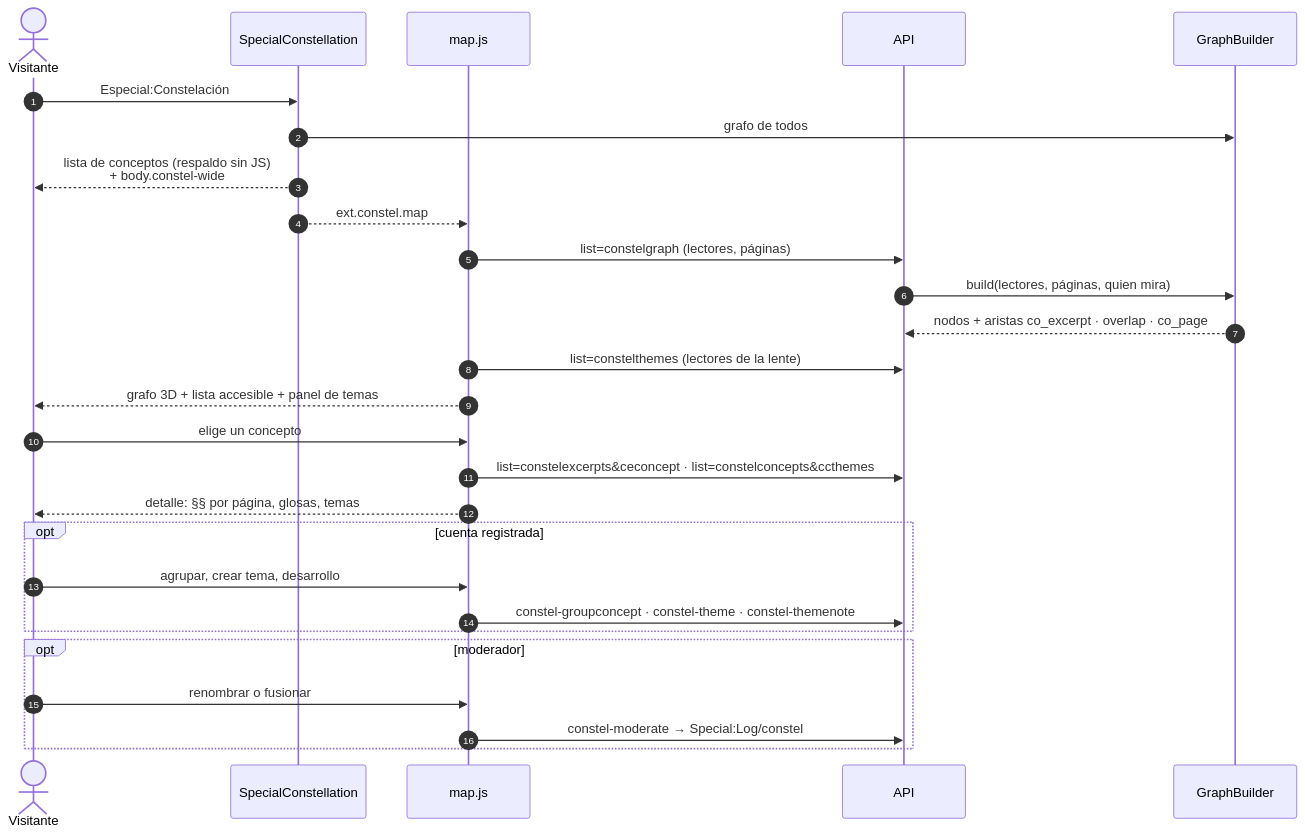
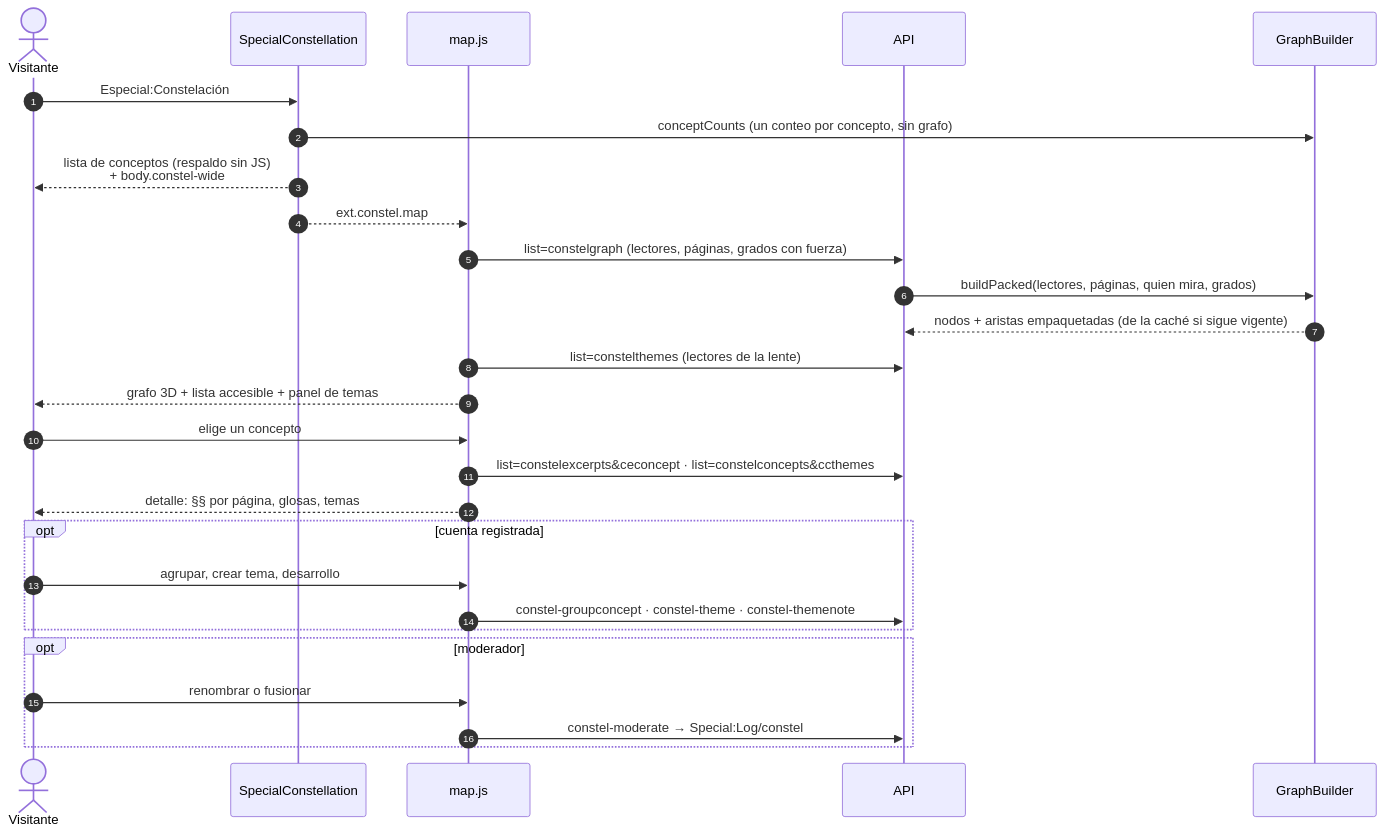
The ninth of 9 diagrams in docs/ARCHITECTURE.md (eadpucv/casiopea-constel), drawn with Mermaid before and after one commit. The commit also changed other lines of this file and 19 other files, not shown here.

First line of the commit message:
Grafo del mapa en caché, por grados y empaquetado

````diff
--- a/docs/ARCHITECTURE.md
+++ b/docs/ARCHITECTURE.md
@@ -474,30 +474,30 @@
 ```mermaid
 sequenceDiagram
     autonumber
     actor V as Visitante
     participant SP as SpecialConstellation
     participant M as map.js
     participant API as API
     participant G as GraphBuilder
 
     V->>SP: Especial:Constelación
-    SP->>G: grafo de todos
+    SP->>G: conceptCounts (un conteo por concepto, sin grafo)
     SP-->>V: lista de conceptos (respaldo sin JS)<br/>+ body.constel-wide
     SP-->>M: ext.constel.map
-    M->>API: list=constelgraph (lectores, páginas)
-    API->>G: build(lectores, páginas, quien mira)
-    G-->>API: nodos + aristas co_excerpt · overlap · co_page
+    M->>API: list=constelgraph (lectores, páginas, grados con fuerza)
+    API->>G: buildPacked(lectores, páginas, quien mira, grados)
+    G-->>API: nodos + aristas empaquetadas (de la caché si sigue vigente)
     M->>API: list=constelthemes (lectores de la lente)
     M-->>V: grafo 3D + lista accesible + panel de temas
     V->>M: elige un concepto
     M->>API: list=constelexcerpts&ceconcept · list=constelconcepts&ccthemes
     M-->>V: detalle: §§ por página, glosas, temas
     opt cuenta registrada
         V->>M: agrupar, crear tema, desarrollo
         M->>API: constel-groupconcept · constel-theme · constel-themenote
     end
     opt moderador
         V->>M: renombrar o fusionar
         M->>API: constel-moderate → Special:Log/constel
     end
 ```
````
